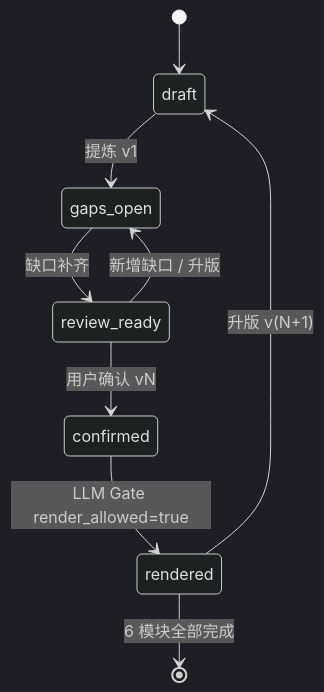
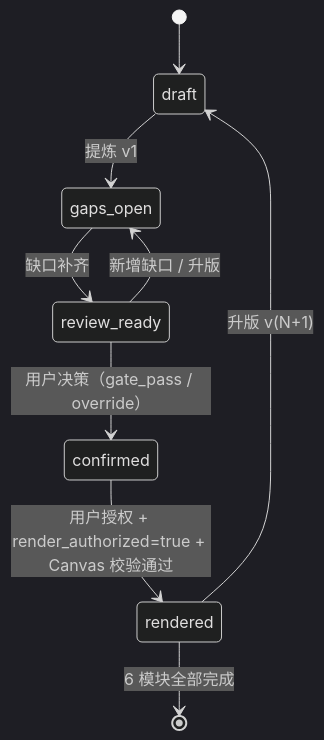
Before and after one commit to wanghongbj321-code/pratyaya: the sixth of 9 diagrams in docs/MVL-整体架构设计.md, drawn with Mermaid (dark theme). The commit also changed other lines of this file and 7 other files, not shown here.

````diff
--- a/docs/MVL-整体架构设计.md
+++ b/docs/MVL-整体架构设计.md
@@ -391,11 +388,11 @@
 ```mermaid
 stateDiagram-v2
     [*] --> draft
     draft --> gaps_open: 提炼 v1
     gaps_open --> review_ready: 缺口补齐
     review_ready --> gaps_open: 新增缺口 / 升版
-    review_ready --> confirmed: 用户确认 vN
-    confirmed --> rendered: LLM Gate render_allowed=true
+    review_ready --> confirmed: 用户决策（gate_pass / override）
+    confirmed --> rendered: 用户授权 + render_authorized=true + Canvas 校验通过
     rendered --> draft: 升版 v(N+1)
     rendered --> [*]: 6 模块全部完成
 ```
````
